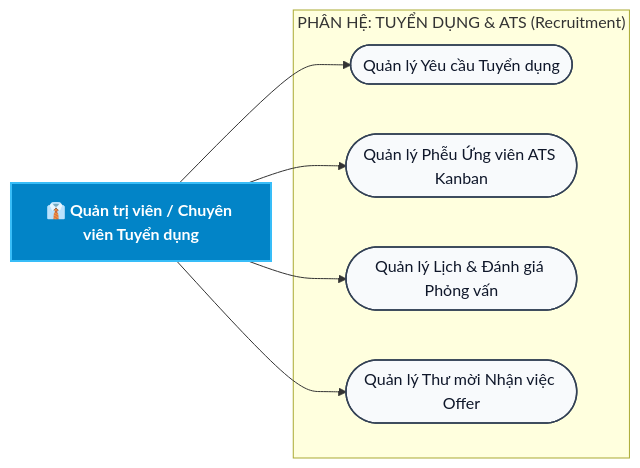
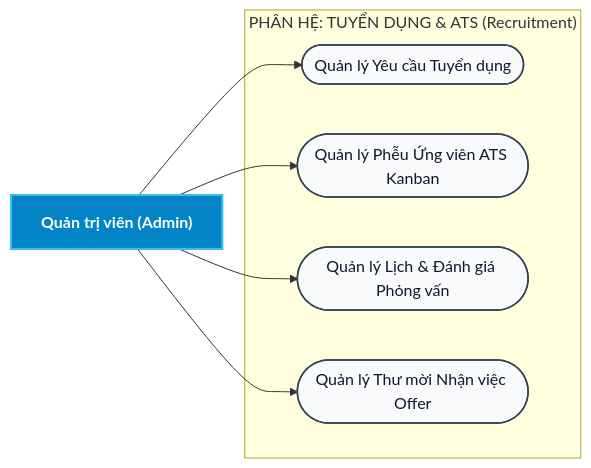
One commit to aye2710/HRM-DATN changed the sixth of 46 diagrams in docs/Các biểu đồ/So_Do_Use_Case_Tong_Quat_HRM.md. Above: the diagram before and after it, drawn with Mermaid. The commit also changed other lines of this file and 69 other files, not shown here.

First line of the commit message:
feat(ess,auth,docs): isolate portal auth, upgrade employee portal UI & sync diagrams

````diff
--- a/docs/Các biểu đồ/So_Do_Use_Case_Tong_Quat_HRM.md
+++ b/docs/Các biểu đồ/So_Do_Use_Case_Tong_Quat_HRM.md
@@ -389,21 +443,21 @@
 ```mermaid
 flowchart LR
-    ADMIN["👔 Quản trị viên / Chuyên viên Tuyển dụng"]
+    ADMIN["Quản trị viên (Admin)"]
 
     subgraph MOD_REC ["PHÂN HỆ: TUYỂN DỤNG & ATS (Recruitment)"]
         UC_SUB_REQ(["Quản lý Yêu cầu Tuyển dụng"])
         UC_SUB_ATS(["Quản lý Phễu Ứng viên ATS Kanban"])
         UC_SUB_INT(["Quản lý Lịch & Đánh giá Phỏng vấn"])
         UC_SUB_OFF(["Quản lý Thư mời Nhận việc Offer"])
     end
 
     ADMIN --> UC_SUB_REQ
     ADMIN --> UC_SUB_ATS
     ADMIN --> UC_SUB_INT
     ADMIN --> UC_SUB_OFF
 
     classDef actor fill:#0284c7,stroke:#38bdf8,stroke-width:2px,color:#ffffff,font-weight:bold;
     classDef uc fill:#f8fafc,stroke:#334155,stroke-width:1.5px,color:#0f172a;
     class ADMIN actor;
     class UC_SUB_REQ,UC_SUB_ATS,UC_SUB_INT,UC_SUB_OFF uc;
 ```
````
